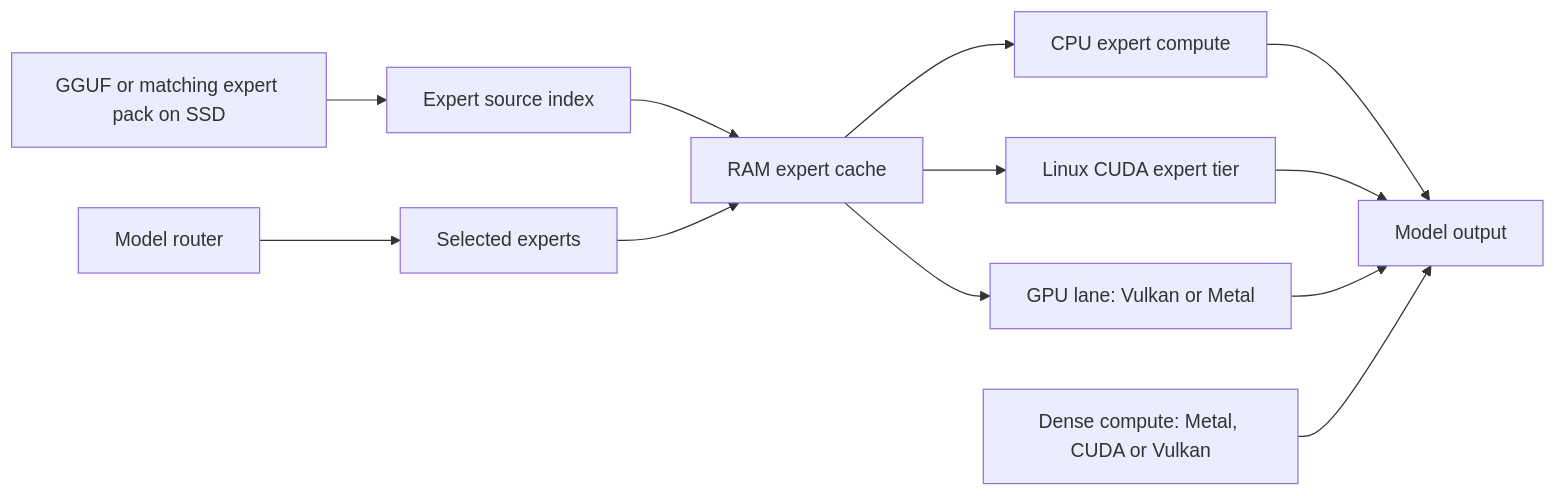
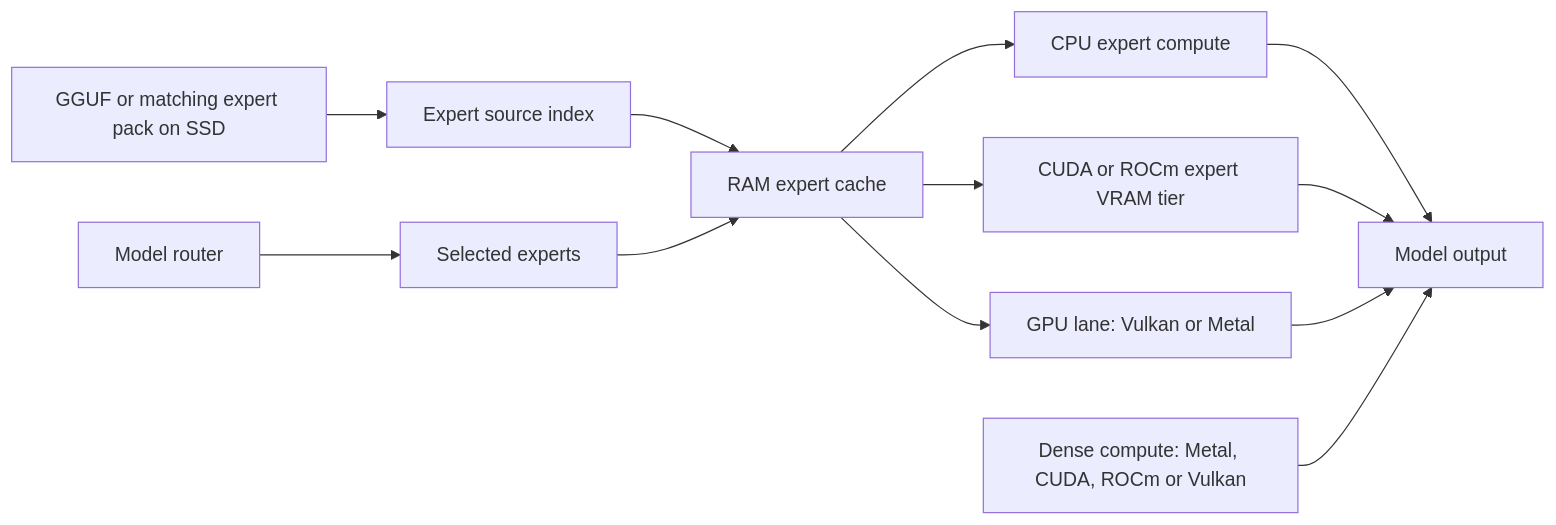
One commit to wici-ai/inferssd changed the diagram in docs/architecture.md. Above: the diagram before and after it, drawn with Mermaid. The commit also changed other lines of this file and 9 other files, not shown here.

````diff
--- a/docs/architecture.md
+++ b/docs/architecture.md
@@ -8,14 +8,14 @@
 ```mermaid
 flowchart LR
     S[GGUF or matching expert pack on SSD] --> I[Expert source index]
     M[Model router] --> E[Selected experts]
     I --> R[RAM expert cache]
     E --> R
     R --> C[CPU expert compute]
-    R --> G[Linux CUDA expert tier]
+    R --> G[CUDA or ROCm expert VRAM tier]
     R --> L[GPU lane: Vulkan or Metal]
     C --> O[Model output]
     G --> O
     L --> O
-    D[Dense compute: Metal, CUDA or Vulkan] --> O
+    D[Dense compute: Metal, CUDA, ROCm or Vulkan] --> O
 ```
````
